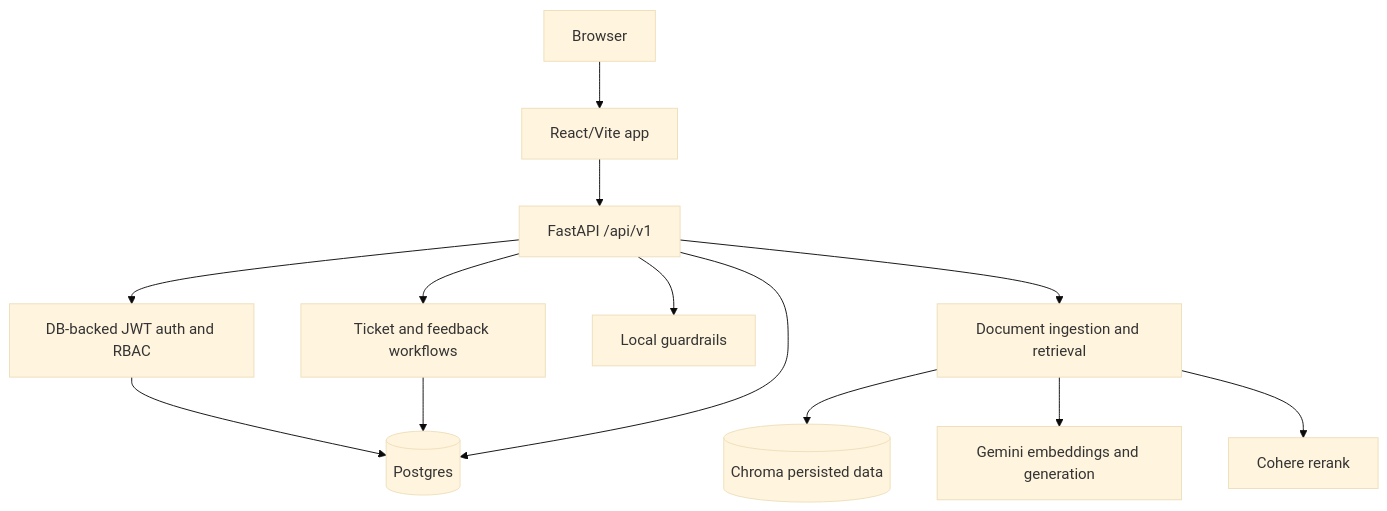
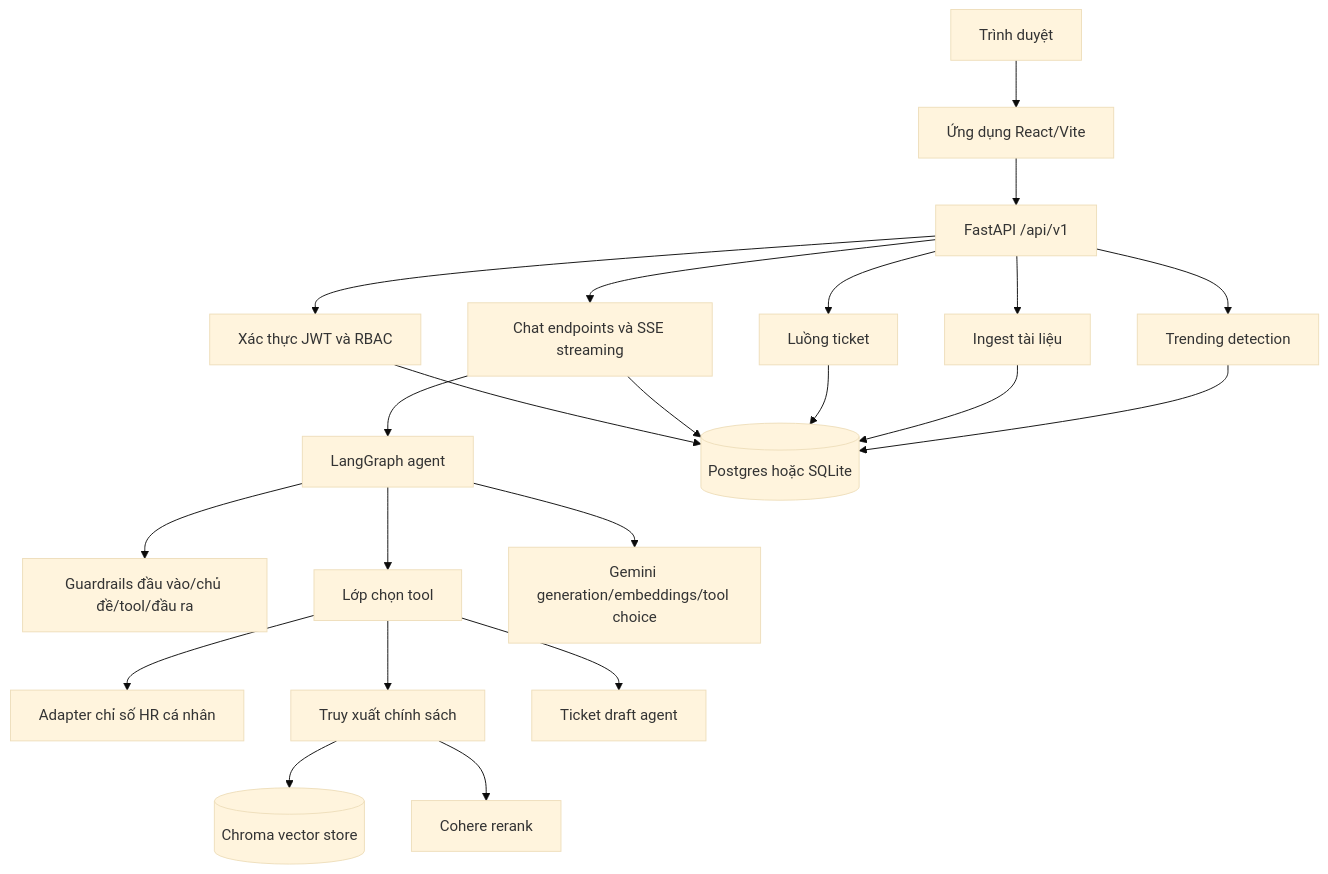
The diagram in ARCHITECTURE.md (baopg1810/HR-Chatbot), drawn with Mermaid (base theme) before and after one commit. The commit also changed other lines of this file and 12 other files, not shown here.

Commit message:
feat: update agent nodes, ticket service, sidebar and chatbot layout

````diff
--- a/ARCHITECTURE.md
+++ b/ARCHITECTURE.md
@@ -7,15 +9,24 @@
 ```mermaid
 graph TB
-    Browser[Browser] --> Frontend[React/Vite app]
+    Browser[Trình duyệt] --> Frontend[Ứng dụng React/Vite]
     Frontend --> API[FastAPI /api/v1]
-    API --> Auth[DB-backed JWT auth and RBAC]
-    API --> RAG[Document ingestion and retrieval]
-    API --> Guardrails[Local guardrails]
-    API --> Tickets[Ticket and feedback workflows]
-    RAG --> Chroma[(Chroma persisted data)]
-    RAG --> Gemini[Gemini embeddings and generation]
+    API --> Auth[Xác thực JWT và RBAC]
+    API --> Chat[Chat endpoints và SSE streaming]
+    Chat --> Agent[LangGraph agent]
+    Agent --> Guardrails[Guardrails đầu vào/chủ đề/tool/đầu ra]
+    Agent --> Tools[Lớp chọn tool]
+    Tools --> HRIS[Adapter chỉ số HR cá nhân]
+    Tools --> RAG[Truy xuất chính sách]
+    Tools --> Draft[Ticket draft agent]
+    RAG --> Chroma[(Chroma vector store)]
     RAG --> Cohere[Cohere rerank]
-    Auth --> Postgres[(Postgres)]
-    Tickets --> Postgres
-    API --> Postgres
+    Agent --> Gemini[Gemini generation/embeddings/tool choice]
+    API --> Tickets[Luồng ticket]
+    API --> Documents[Ingest tài liệu]
+    API --> Trending[Trending detection]
+    Auth --> DB[(Postgres hoặc SQLite)]
+    Chat --> DB
+    Tickets --> DB
+    Documents --> DB
+    Trending --> DB
 ```
````
